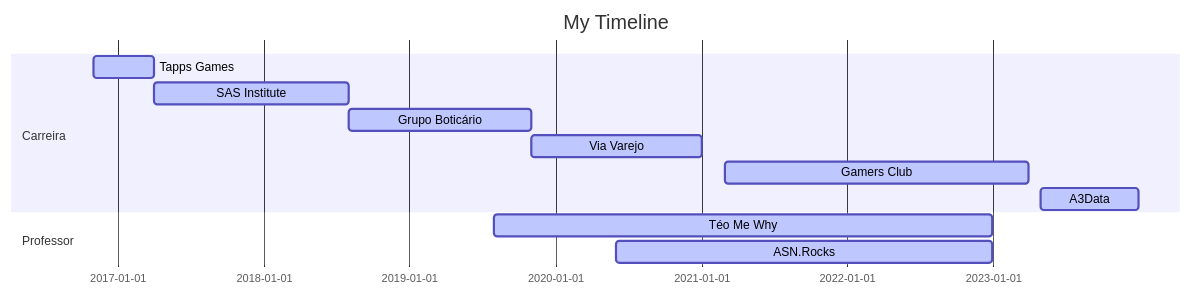
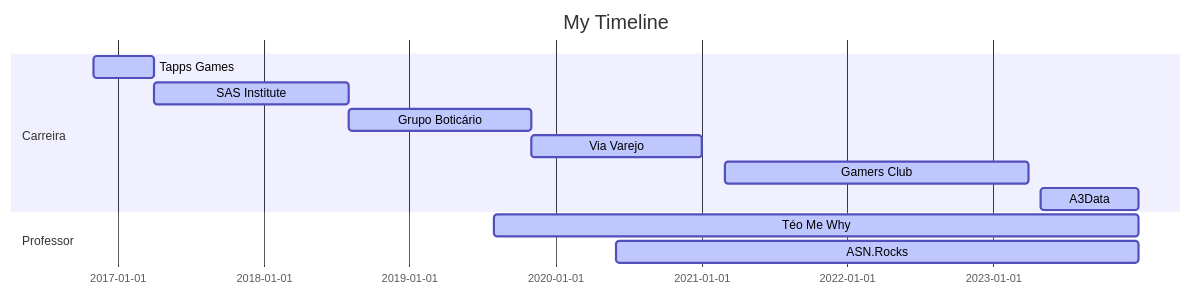
One commit to TeoCalvo/TeoCalvo changed the diagram in README.md. Above: the diagram before and after it, drawn with Mermaid.

````diff
--- a/README.md
+++ b/README.md
@@ -6,18 +6,18 @@
 ```mermaid
 
 gantt
 dateFormat  YYYY-MM-DD
 title My Timeline
 
 section Carreira
 Tapps Games           :active,, 2016-11-01,2017-04-01
 SAS Institute         :active,, 2017-04-01,2018-08-01
 Grupo Boticário       :active,, 2018-08-01,2019-11-01
 Via Varejo            :active,, 2019-11-01,2021-01-01
 Gamers Club           :active,, 2021-03-01,2023-04-01
 A3Data                :active,, 2023-05-01,2023-12-31
 
 section Professor
-Téo Me Why            :active,, 2019-08-01,2022-12-31
-ASN.Rocks             :active,, 2020-06-01,2022-12-31
+Téo Me Why            :active,, 2019-08-01,2023-12-31
+ASN.Rocks             :active,, 2020-06-01,2023-12-31
 ```
````
